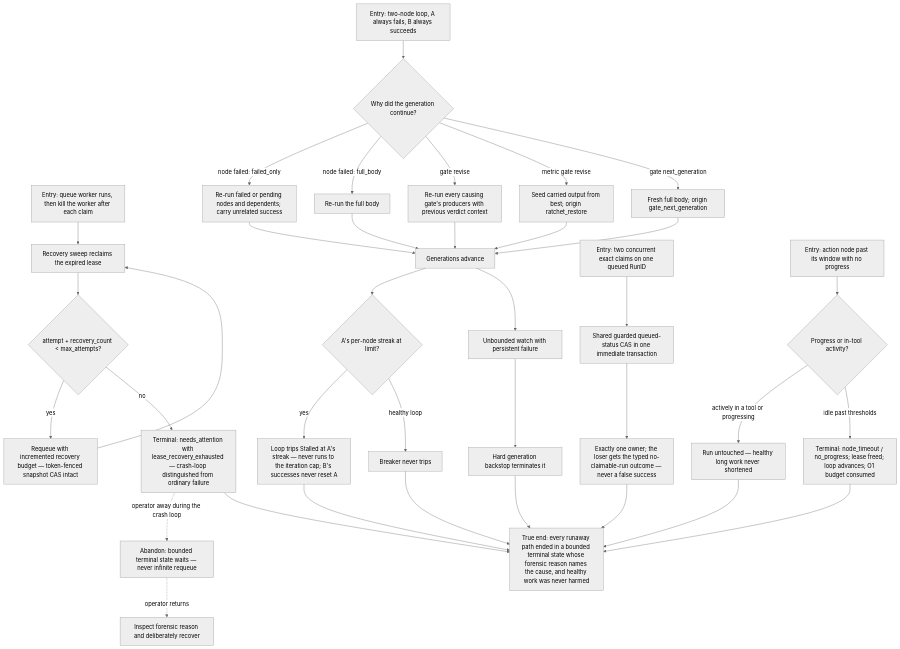
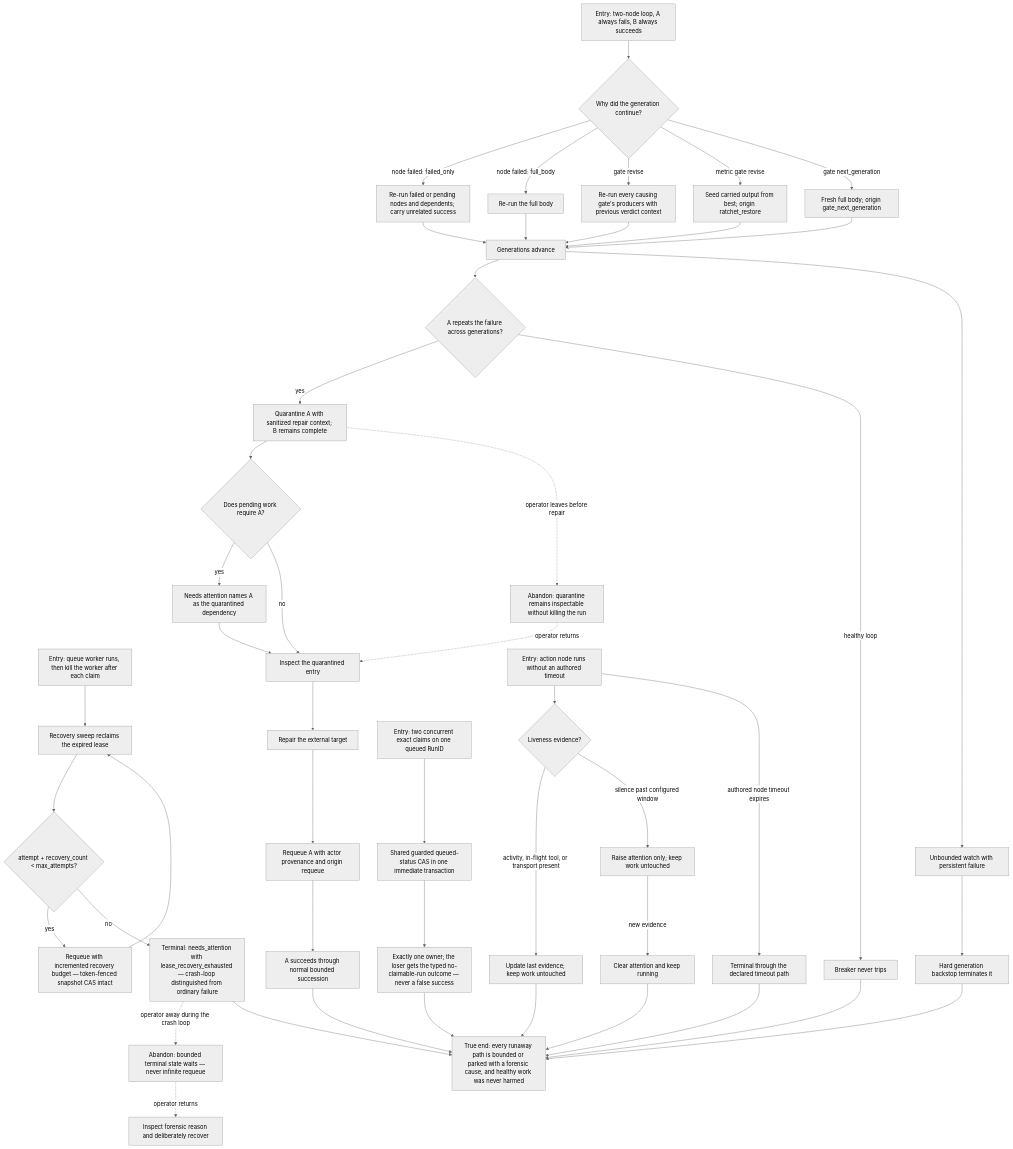
Before and after one commit to compozy/compozy: the diagram in docs/qa/journeys/J-bound-runaway-work.md, drawn with Mermaid (neutral theme). The commit also changed other lines of this file and 719 other files, not shown here.

First line of the commit message:
feat: add complete Loop node lifecycle

````diff
--- a/docs/qa/journeys/J-bound-runaway-work.md
+++ b/docs/qa/journeys/J-bound-runaway-work.md
@@ -10,37 +10,49 @@
 ```mermaid
 flowchart TD
     E1[Entry: queue worker runs, then kill the worker after each claim] --> O1[Recovery sweep reclaims the expired lease]
     O1 --> B{attempt + recovery_count < max_attempts?}
     B -->|yes| RQ[Requeue with incremented recovery budget — token-fenced snapshot CAS intact]
     RQ --> O1
     B -->|no| TX[Terminal: needs_attention with lease_recovery_exhausted — crash-loop distinguished from ordinary failure]
     E2[Entry: two-node loop, A always fails, B always succeeds] --> CAUSE{Why did the generation continue?}
     CAUSE -->|node failed: failed_only| PARTIAL[Re-run failed or pending nodes and dependents; carry unrelated success]
     CAUSE -->|node failed: full_body| FRESH[Re-run the full body]
     CAUSE -->|gate revise| REPAIR[Re-run every causing gate's producers with previous verdict context]
     CAUSE -->|metric gate revise| RESTORE[Seed carried output from best; origin ratchet_restore]
     CAUSE -->|gate next_generation| GNEXT[Fresh full body; origin gate_next_generation]
     PARTIAL --> GEN[Generations advance]
     FRESH --> GEN
     REPAIR --> GEN
     RESTORE --> GEN
     GNEXT --> GEN
-    GEN --> ST{A's per-node streak at limit?}
-    ST -->|yes| STL[Loop trips Stalled at A's streak — never runs to the iteration cap; B's successes never reset A]
+    GEN --> ST{A repeats the failure across generations?}
+    ST -->|yes| Q[Quarantine A with sanitized repair context; B remains complete]
+    Q --> DEP{Does pending work require A?}
+    DEP -->|yes| ATTN[Needs attention names A as the quarantined dependency]
+    DEP -->|no| INSQ[Inspect the quarantined entry]
+    ATTN --> INSQ
+    INSQ --> FIX[Repair the external target]
+    FIX --> REQUEUE[Requeue A with actor provenance and origin requeue]
+    REQUEUE --> RECOVER[A succeeds through normal bounded succession]
     ST -->|healthy loop| OKL[Breaker never trips]
     GEN --> WB[Unbounded watch with persistent failure] --> BSTOP[Hard generation backstop terminates it]
     E3[Entry: two concurrent exact claims on one queued RunID] --> CAS[Shared guarded queued-status CAS in one immediate transaction]
     CAS --> ONE[Exactly one owner; the loser gets the typed no-claimable-run outcome — never a false success]
-    E4[Entry: action node past its window with no progress] --> LV{Progress or in-tool activity?}
-    LV -->|actively in a tool or progressing| LIVE[Run untouched — healthy long work never shortened]
-    LV -->|idle past thresholds| TO[Terminal: node_timeout / no_progress; lease freed; loop advances; O1 budget consumed]
+    E4[Entry: action node runs without an authored timeout] --> LV{Liveness evidence?}
+    LV -->|activity, in-flight tool, or transport present| LIVE[Update last evidence; keep work untouched]
+    LV -->|silence past configured window| FLAG[Raise attention only; keep work untouched]
+    FLAG -->|new evidence| CLEAR[Clear attention and keep running]
+    E4 -->|authored node timeout expires| TO[Terminal through the declared timeout path]
     TX -.->|operator away during the crash loop| AB[Abandon: bounded terminal state waits — never infinite requeue]
     AB -.->|operator returns| INS[Inspect forensic reason and deliberately recover]
-    STL --> TE[True end: every runaway path ended in a bounded terminal state whose forensic reason names the cause, and healthy work was never harmed]
+    Q -.->|operator leaves before repair| ABQ[Abandon: quarantine remains inspectable without killing the run]
+    ABQ -.->|operator returns| INSQ
+    RECOVER --> TE[True end: every runaway path is bounded or parked with a forensic cause, and healthy work was never harmed]
     TX --> TE
     ONE --> TE
     TO --> TE
+    CLEAR --> TE
     BSTOP --> TE
     LIVE --> TE
     OKL --> TE
 ```
````
